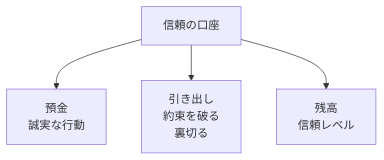
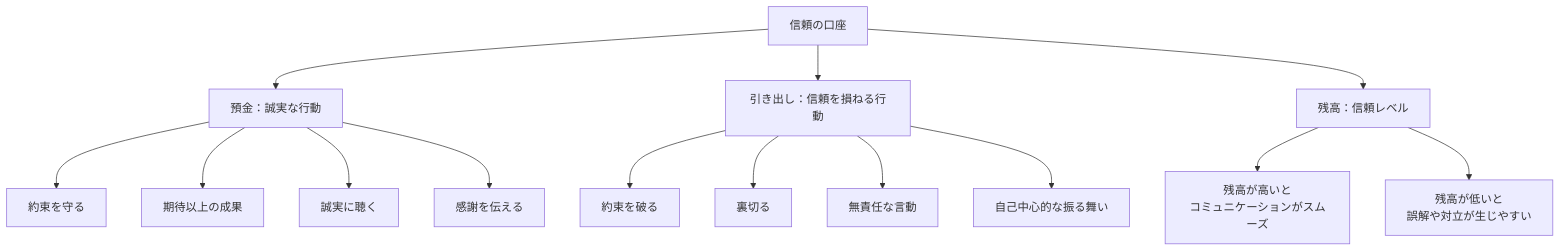
One commit to tndg16-bot/portfolio-site changed the first of 4 diagrams in content/blog/285-trust-bank-relationship-assets.md. Above: the diagram before and after it, drawn with Mermaid. The commit also changed other lines of this file and 19 other files, not shown here.

````diff
--- a/content/blog/285-trust-bank-relationship-assets.md
+++ b/content/blog/285-trust-bank-relationship-assets.md
@@ -39,7 +33,19 @@
 ```mermaid
 graph TD
     A[信頼の口座]
-    A --> B[預金<br/>誠実な行動]
-    A --> C[引き出し<br/>約束を破る<br/>裏切る]
-    A --> D[残高<br/>信頼レベル]
+    A --> B[預金：誠実な行動]
+    B --> B1[約束を守る]
+    B --> B2[期待以上の成果]
+    B --> B3[誠実に聴く]
+    B --> B4[感謝を伝える]
+    
+    A --> C[引き出し：信頼を損ねる行動]
+    C --> C1[約束を破る]
+    C --> C2[裏切る]
+    C --> C3[無責任な言動]
+    C --> C4[自己中心的な振る舞い]
+    
+    A --> D[残高：信頼レベル]
+    D --> E[残高が高いと<br/>コミュニケーションがスムーズ]
+    D --> F[残高が低いと<br/>誤解や対立が生じやすい]
 ```
````
